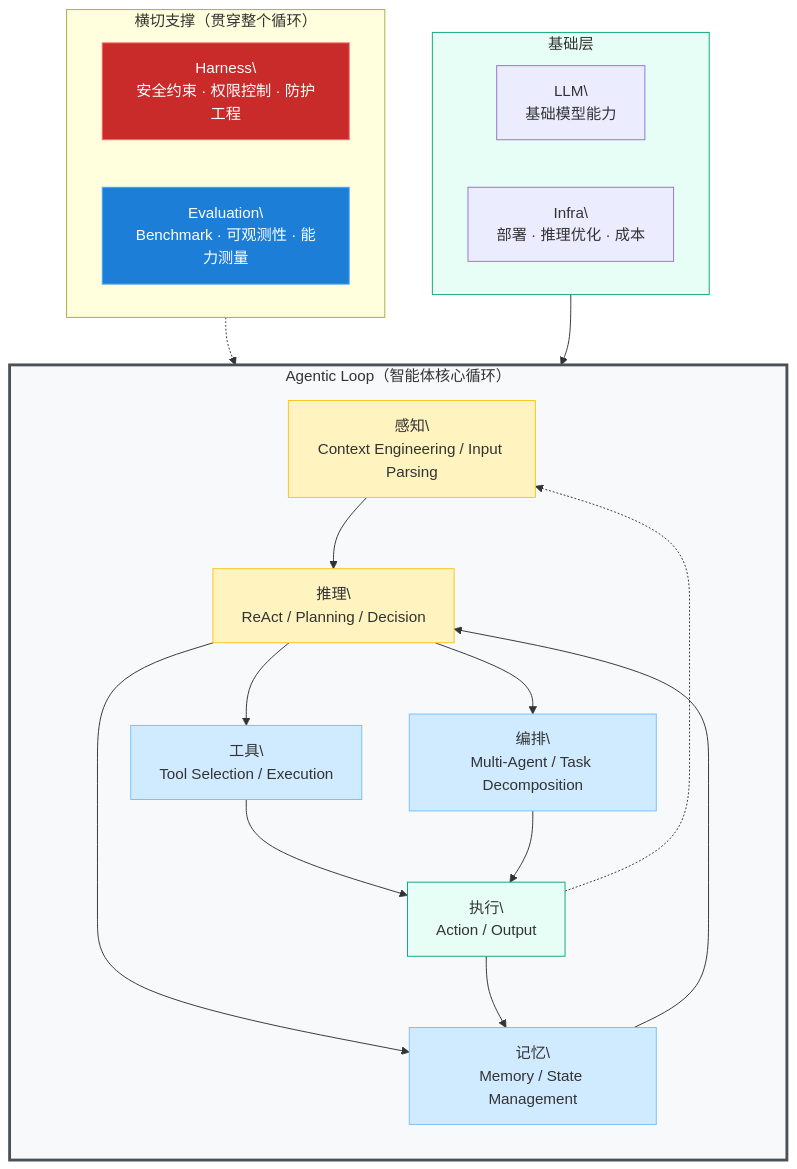
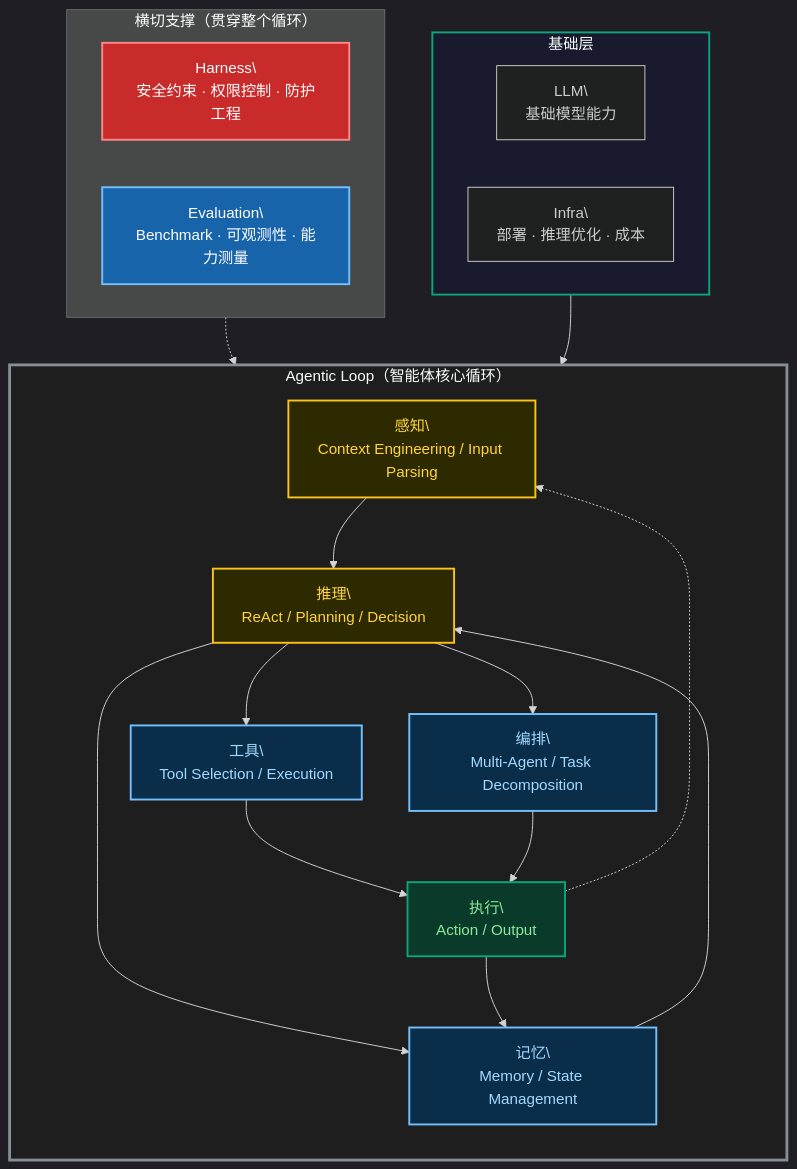
The diagram in README.md (FreezeSoul/agent-engineering-by-openclaw), drawn with Mermaid before and after one commit.

Commit message:
fix: Mermaid dark theme support for architecture diagram

````diff
--- a/README.md
+++ b/README.md
@@ -54,47 +54,48 @@
 ```mermaid
+%%{init: {'theme': 'dark'}}%%
 flowchart TB
     subgraph loop["Agentic Loop（智能体核心循环）"]
         direction TB
         perceive["感知\\nContext Engineering / Input Parsing"]
         reason["推理\\nReAct / Planning / Decision"]
         memory["记忆\\nMemory / State Management"]
         tools["工具\\nTool Selection / Execution"]
         orchestrate["编排\\nMulti-Agent / Task Decomposition"]
         execute["执行\\nAction / Output"]
 
         perceive --> reason
         reason --> memory
         reason --> tools
         reason --> orchestrate
         memory --> reason
         tools --> execute
         orchestrate --> execute
         execute --> memory
         execute -.-> perceive
     end
 
     subgraph crosscut["横切支撑（贯穿整个循环）"]
         direction LR
         harness["Harness\\n安全约束 · 权限控制 · 防护工程"]
         evaluation["Evaluation\\nBenchmark · 可观测性 · 能力测量"]
     end
 
     subgraph base["基础层"]
         llm["LLM\\n基础模型能力"]
         infra["Infra\\n部署 · 推理优化 · 成本"]
     end
 
     crosscut -.-> loop
     base --> loop
 
-    style harness fill:#c92a2a,color:#fff,stroke:#ff6b6b
-    style evaluation fill:#1c7ed6,color:#fff,stroke:#4dabf7
-    style loop fill:#f8f9fa,stroke:#495057,stroke-width:3px
-    style base fill:#e6fef5,stroke:#0ca678
-    style perceive fill:#fff3bf,stroke:#fcc419
-    style reason fill:#fff3bf,stroke:#fcc419
-    style memory fill:#d0ebff,stroke:#74c0fc
-    style tools fill:#d0ebff,stroke:#74c0fc
-    style orchestrate fill:#d0ebff,stroke:#74c0fc
-    style execute fill:#e6fef5,stroke:#0ca678
+    style harness fill:#c92a2a,color:#fff,stroke:#ff8787,stroke-width:2px
+    style evaluation fill:#1864ab,color:#fff,stroke:#74c0fc,stroke-width:2px
+    style loop fill:#1e1e1e,stroke:#868e96,stroke-width:3px
+    style base fill:#1a1a2e,stroke:#0ca678,stroke-width:2px
+    style perceive fill:#2e2a00,stroke:#fcc419,stroke-width:2px,color:#ffd43b
+    style reason fill:#2e2a00,stroke:#fcc419,stroke-width:2px,color:#ffd43b
+    style memory fill:#0a2e4a,stroke:#74c0fc,stroke-width:2px,color:#a5d8ff
+    style tools fill:#0a2e4a,stroke:#74c0fc,stroke-width:2px,color:#a5d8ff
+    style orchestrate fill:#0a2e4a,stroke:#74c0fc,stroke-width:2px,color:#a5d8ff
+    style execute fill:#0a3a2a,stroke:#0ca678,stroke-width:2px,color:#8ce99a
 ```
````
